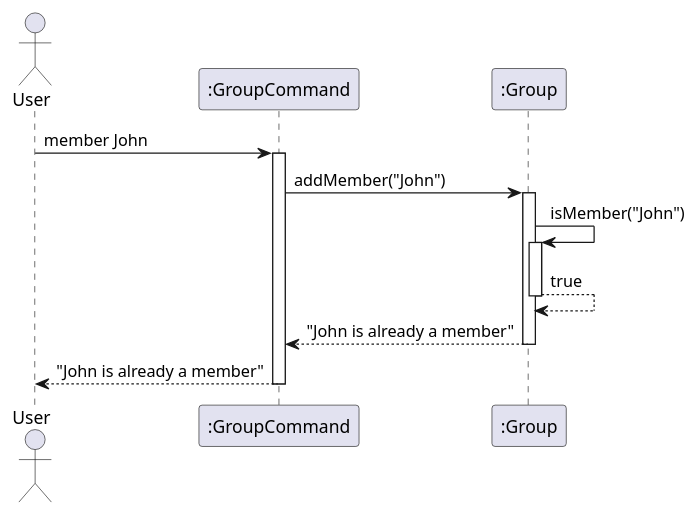
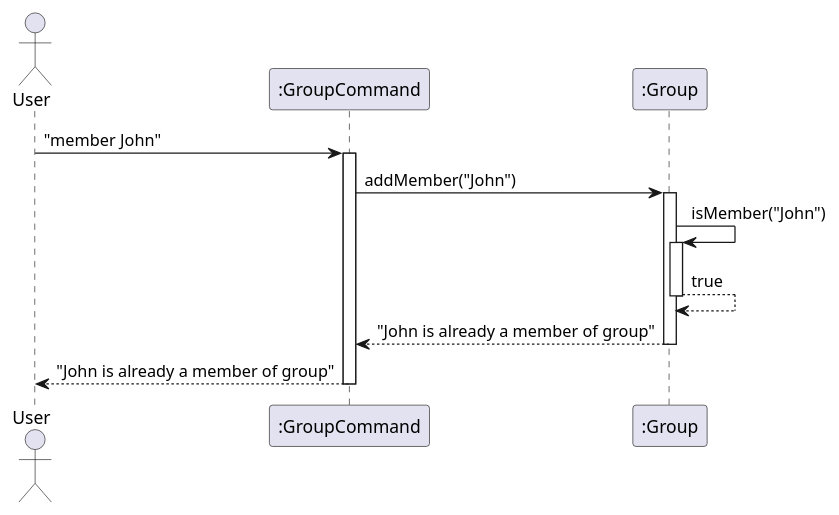
One commit to mukund1403/tp changed the diagram in docs/diagrams/addMember2.puml. Above: the diagram before and after it, drawn with PlantUML. The commit also changed 5 other files, not shown here.

```diff
--- a/docs/diagrams/addMember2.puml
+++ b/docs/diagrams/addMember2.puml
@@ -1,22 +1,22 @@
 @startuml
 actor User
 participant ":GroupCommand" as GroupCommand
 participant ":Group" as Group
 
-User -> GroupCommand: member John
+User -> GroupCommand: "member John"
 activate GroupCommand
 
 GroupCommand -> Group: addMember("John")
 activate Group
 
 Group -> Group: isMember("John")
 activate Group
 Group --> Group: true
 deactivate Group
 
-Group --> GroupCommand: "John is already a member"
+Group --> GroupCommand: "John is already a member of group"
 deactivate Group
 
-GroupCommand --> User: "John is already a member"
+GroupCommand --> User: "John is already a member of group"
 deactivate GroupCommand
 @enduml
```
